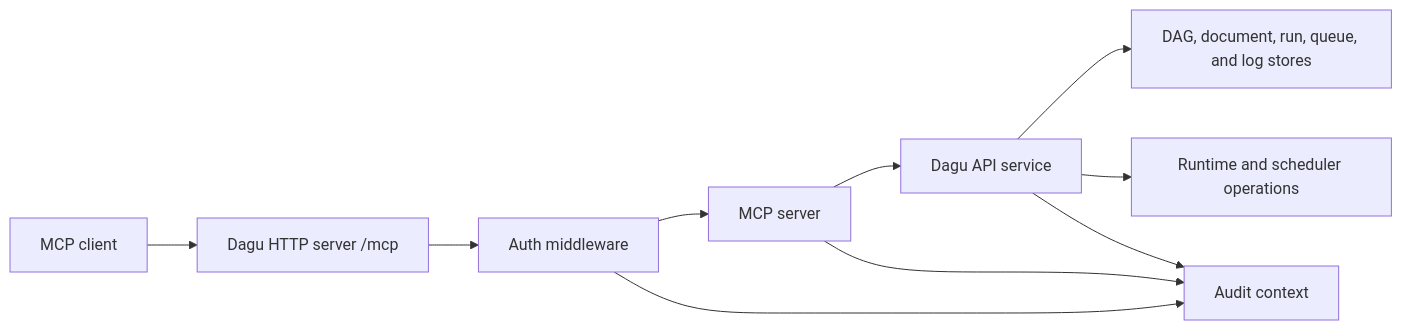
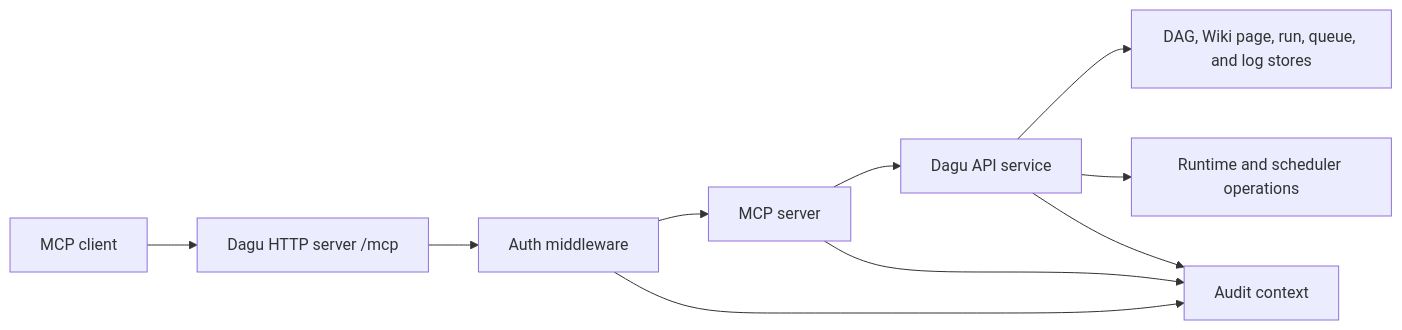
Before and after one commit to dagu-org/docs: the diagram in mcp/architecture.md, drawn with Mermaid. The commit also changed other lines of this file and 17 other files, not shown here.

````diff
--- a/mcp/architecture.md
+++ b/mcp/architecture.md
@@ -5,12 +5,12 @@
 ```mermaid
 flowchart LR
   client["MCP client"] --> route["Dagu HTTP server /mcp"]
   route --> auth["Auth middleware"]
   auth --> mcp["MCP server"]
   mcp --> api["Dagu API service"]
-  api --> stores["DAG, document, run, queue, and log stores"]
+  api --> stores["DAG, Wiki page, run, queue, and log stores"]
   api --> runtime["Runtime and scheduler operations"]
   auth --> audit["Audit context"]
   mcp --> audit
   api --> audit
 ```
````
